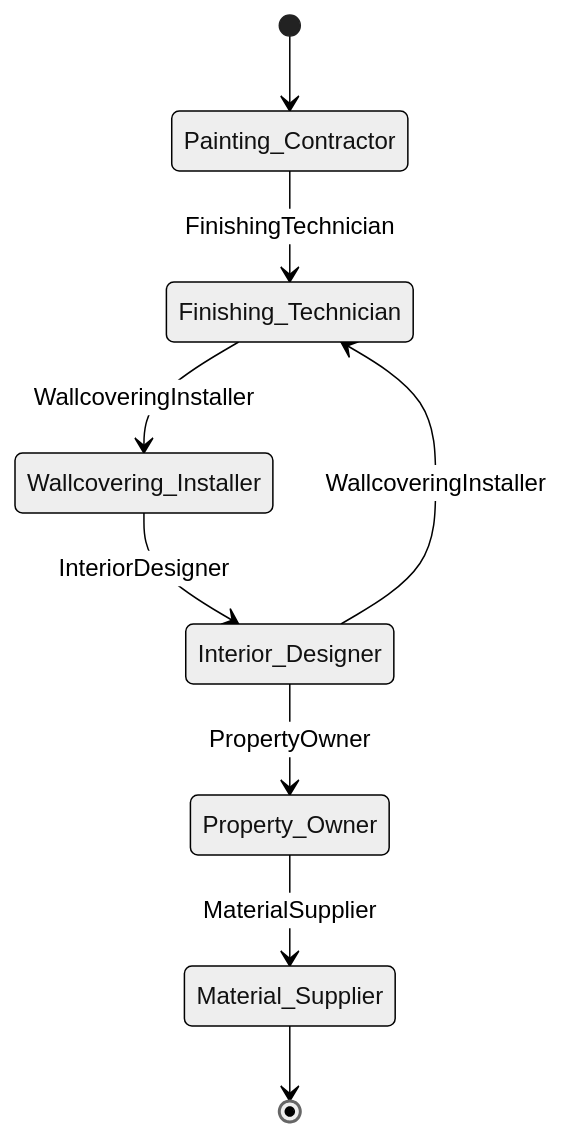
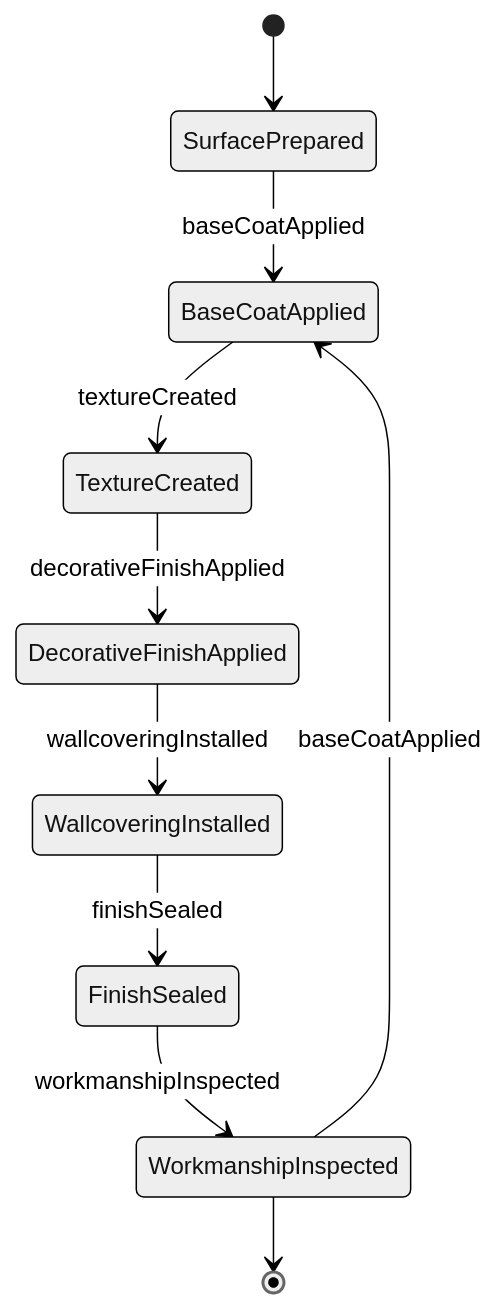
One commit to dot-org-ai/tasks.org.ai changed the second of 4 diagrams in HandlingAndMovingObjects/ApplyDecorativeFinishes/ApplyDecorativeTexturedFinishesCoverings.mdx. Above: the diagram before and after it, drawn with Mermaid (neutral theme). The commit also changed other lines of this file and 40 other files, not shown here.

First line of the commit message:
fix: Replace Actor-based ER and State diagrams with Entity/Event-based diagrams in 41 HandlingAndMovingObjects DWA files

````diff
--- a/HandlingAndMovingObjects/ApplyDecorativeFinishes/ApplyDecorativeTexturedFinishesCoverings.mdx
+++ b/HandlingAndMovingObjects/ApplyDecorativeFinishes/ApplyDecorativeTexturedFinishesCoverings.mdx
@@ -102,11 +100,12 @@
 ```mermaid
 stateDiagram-v2
-    [*] --> Painting_Contractor
-    Painting_Contractor --> Finishing_Technician: FinishingTechnician
-    Finishing_Technician --> Wallcovering_Installer: WallcoveringInstaller
-    Wallcovering_Installer --> Interior_Designer: InteriorDesigner
-    Interior_Designer --> Property_Owner: PropertyOwner
-    Property_Owner --> Material_Supplier: MaterialSupplier
-    Interior_Designer --> Finishing_Technician: WallcoveringInstaller
-    Material_Supplier --> [*]
+    [*] --> SurfacePrepared
+    SurfacePrepared --> BaseCoatApplied : baseCoatApplied
+    BaseCoatApplied --> TextureCreated : textureCreated
+    TextureCreated --> DecorativeFinishApplied : decorativeFinishApplied
+    DecorativeFinishApplied --> WallcoveringInstalled : wallcoveringInstalled
+    WallcoveringInstalled --> FinishSealed : finishSealed
+    FinishSealed --> WorkmanshipInspected : workmanshipInspected
+    WorkmanshipInspected --> BaseCoatApplied : baseCoatApplied
+    WorkmanshipInspected --> [*]
 ```
````
